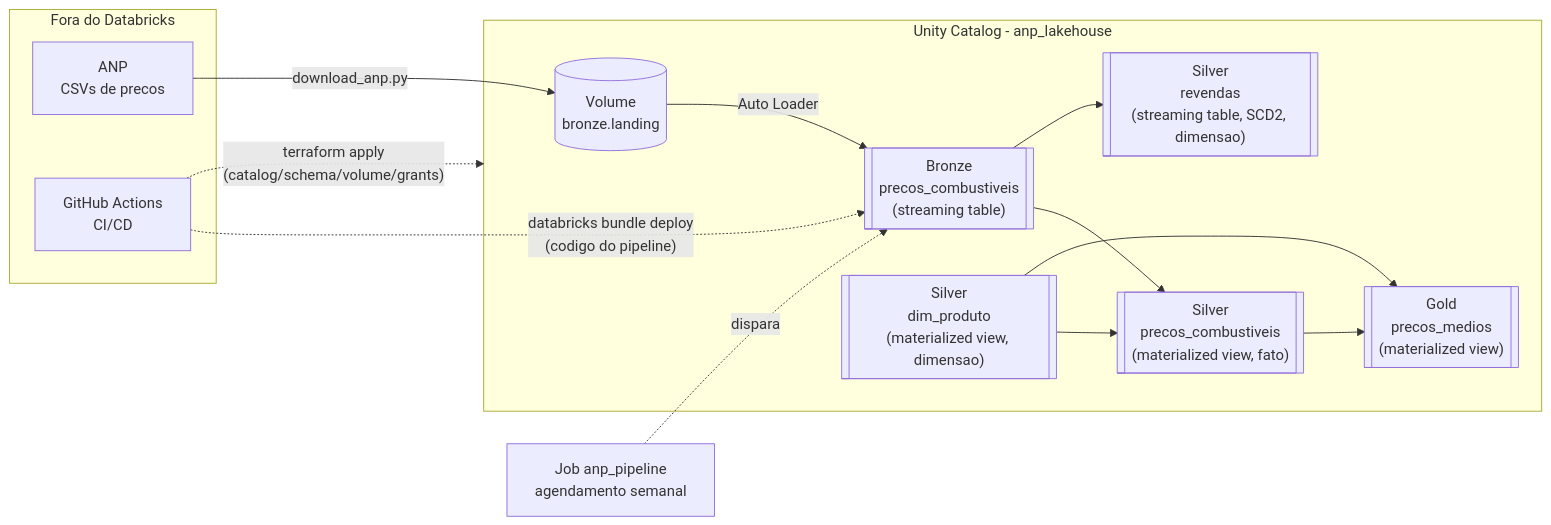
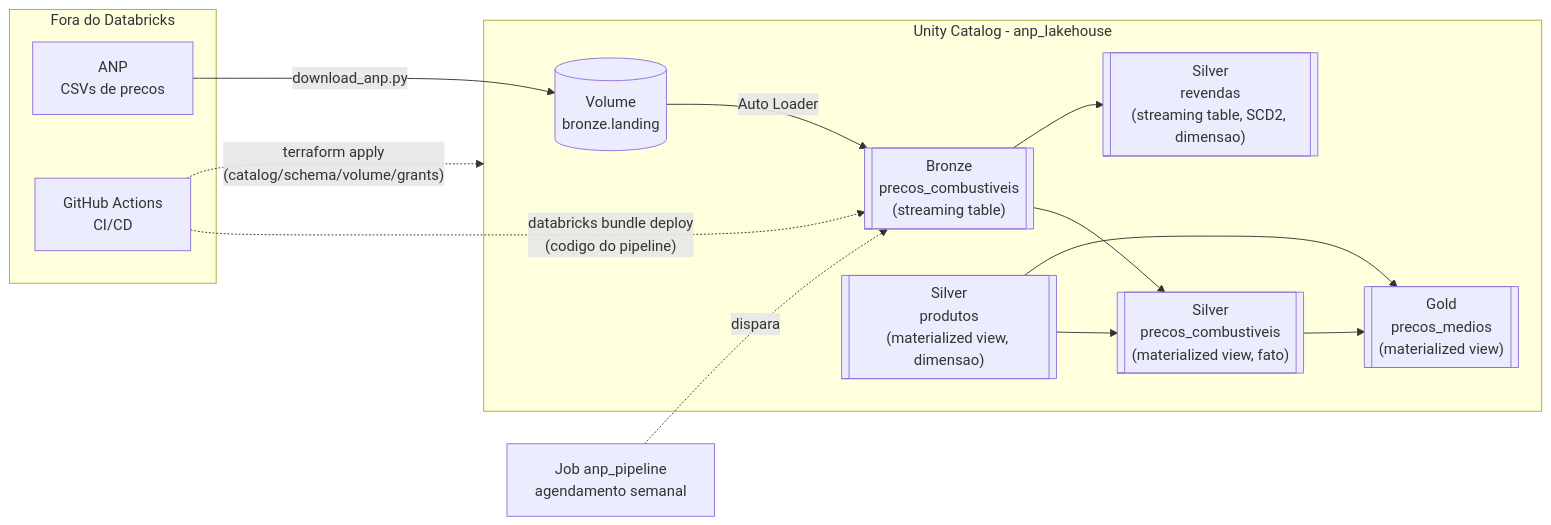
One commit to lucasyn3/anp-fuel-lakehouse changed the first of 2 diagrams in README.md. Above: the diagram before and after it, drawn with Mermaid. The commit also changed other lines of this file and 3 other files, not shown here.

First line of the commit message:
Renomeia dim_produto -> produtos: consistencia com revendas

````diff
--- a/README.md
+++ b/README.md
@@ -20,29 +20,29 @@
 ```mermaid
 flowchart LR
     subgraph ext["Fora do Databricks"]
         anp["ANP<br/>CSVs de precos"]
         ci["GitHub Actions<br/>CI/CD"]
     end
 
     subgraph uc["Unity Catalog - anp_lakehouse"]
         vol[("Volume<br/>bronze.landing")]
         bronze[["Bronze<br/>precos_combustiveis<br/>(streaming table)"]]
         silver_fact[["Silver<br/>precos_combustiveis<br/>(materialized view, fato)"]]
         silver_dim[["Silver<br/>revendas<br/>(streaming table, SCD2, dimensao)"]]
-        silver_dim_produto[["Silver<br/>dim_produto<br/>(materialized view, dimensao)"]]
+        silver_produtos[["Silver<br/>produtos<br/>(materialized view, dimensao)"]]
         gold[["Gold<br/>precos_medios<br/>(materialized view)"]]
     end
 
     job["Job anp_pipeline<br/>agendamento semanal"]
 
     anp -->|"download_anp.py"| vol
     vol -->|"Auto Loader"| bronze
     bronze --> silver_fact
     bronze --> silver_dim
-    silver_dim_produto --> silver_fact
+    silver_produtos --> silver_fact
     silver_fact --> gold
-    silver_dim_produto --> gold
+    silver_produtos --> gold
     job -.dispara.-> bronze
     ci -.-> |"databricks bundle deploy<br/>(codigo do pipeline)"| bronze
     ci -.-> |"terraform apply<br/>(catalog/schema/volume/grants)"| uc
 ```
````
